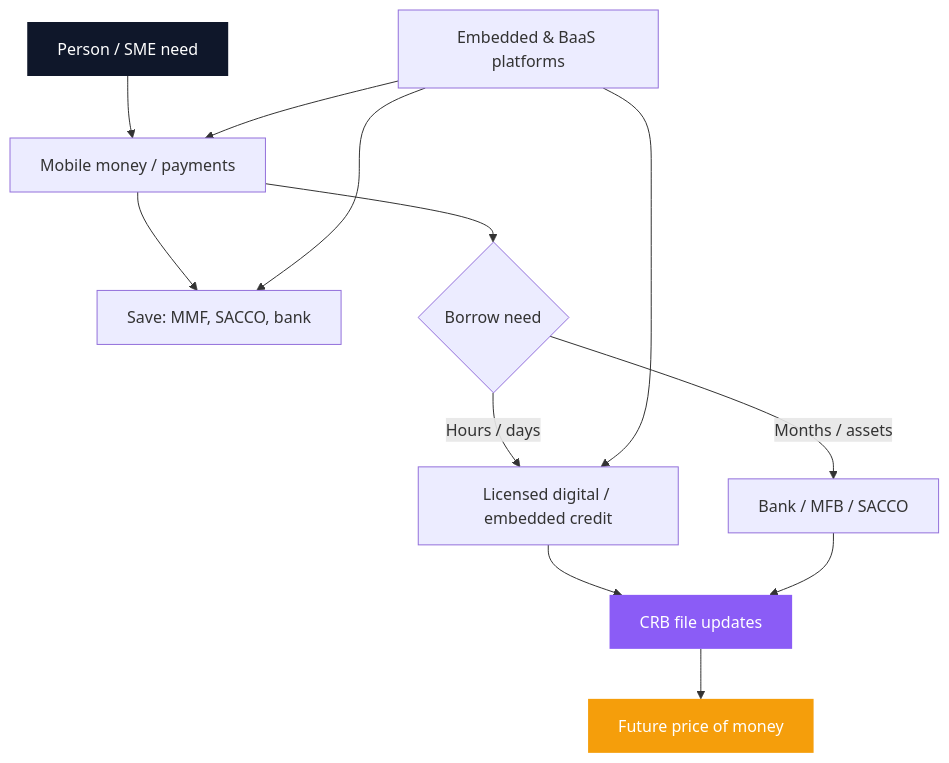
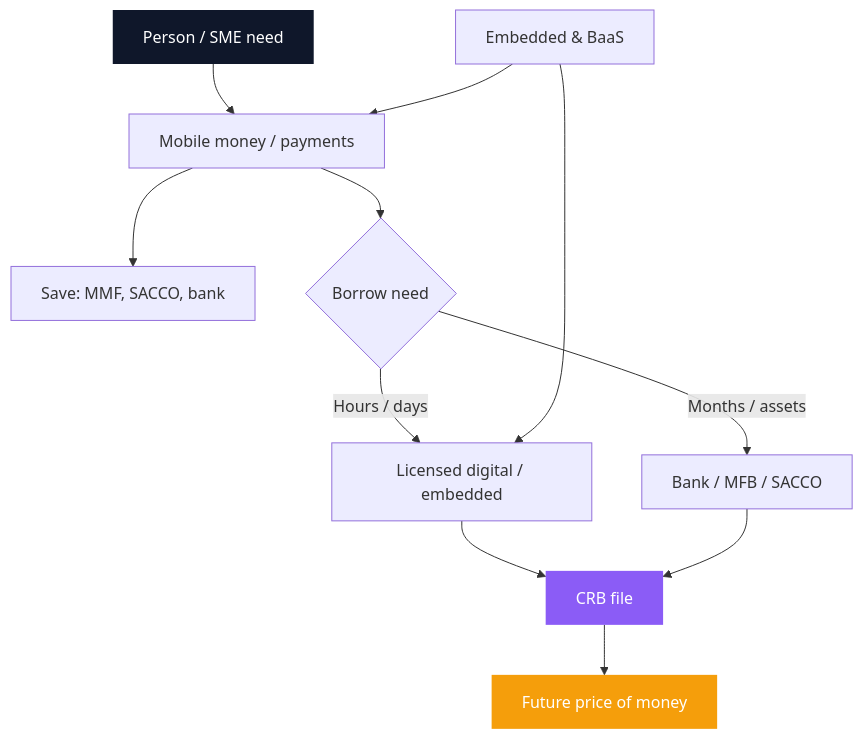
Before and after one commit to bengula/BengulaLive: the fourth of 4 diagrams in Bengula-Jacob/content/banking-credit/ultimate-guide-to-financial-inclusion-kenya.md, drawn with Mermaid. The commit also changed other lines of this file and 4 other files, not shown here.

````diff
--- a/Bengula-Jacob/content/banking-credit/ultimate-guide-to-financial-inclusion-kenya.md
+++ b/Bengula-Jacob/content/banking-credit/ultimate-guide-to-financial-inclusion-kenya.md
@@ -357,18 +358,17 @@
 ```mermaid
 flowchart TD
   User["Person / SME need"] --> Rail["Mobile money / payments"]
   Rail --> Save["Save: MMF, SACCO, bank"]
   Rail --> Borrow{"Borrow need"}
-  Borrow -->|"Hours / days"| DCP["Licensed digital / embedded credit"]
+  Borrow -->|"Hours / days"| DCP["Licensed digital / embedded"]
   Borrow -->|"Months / assets"| Inst["Bank / MFB / SACCO"]
-  DCP --> CRB["CRB file updates"]
+  DCP --> CRB["CRB file"]
   Inst --> CRB
   CRB --> Price["Future price of money"]
-  Embed["Embedded & BaaS platforms"] --> Rail
+  Embed["Embedded & BaaS"] --> Rail
   Embed --> DCP
-  Embed --> Save
 
   style User fill:#0f172a,color:#fff,stroke:none
   style CRB fill:#8b5cf6,color:#fff,stroke:none
   style Price fill:#f59e0b,color:#fff,stroke:none
 ```
````
